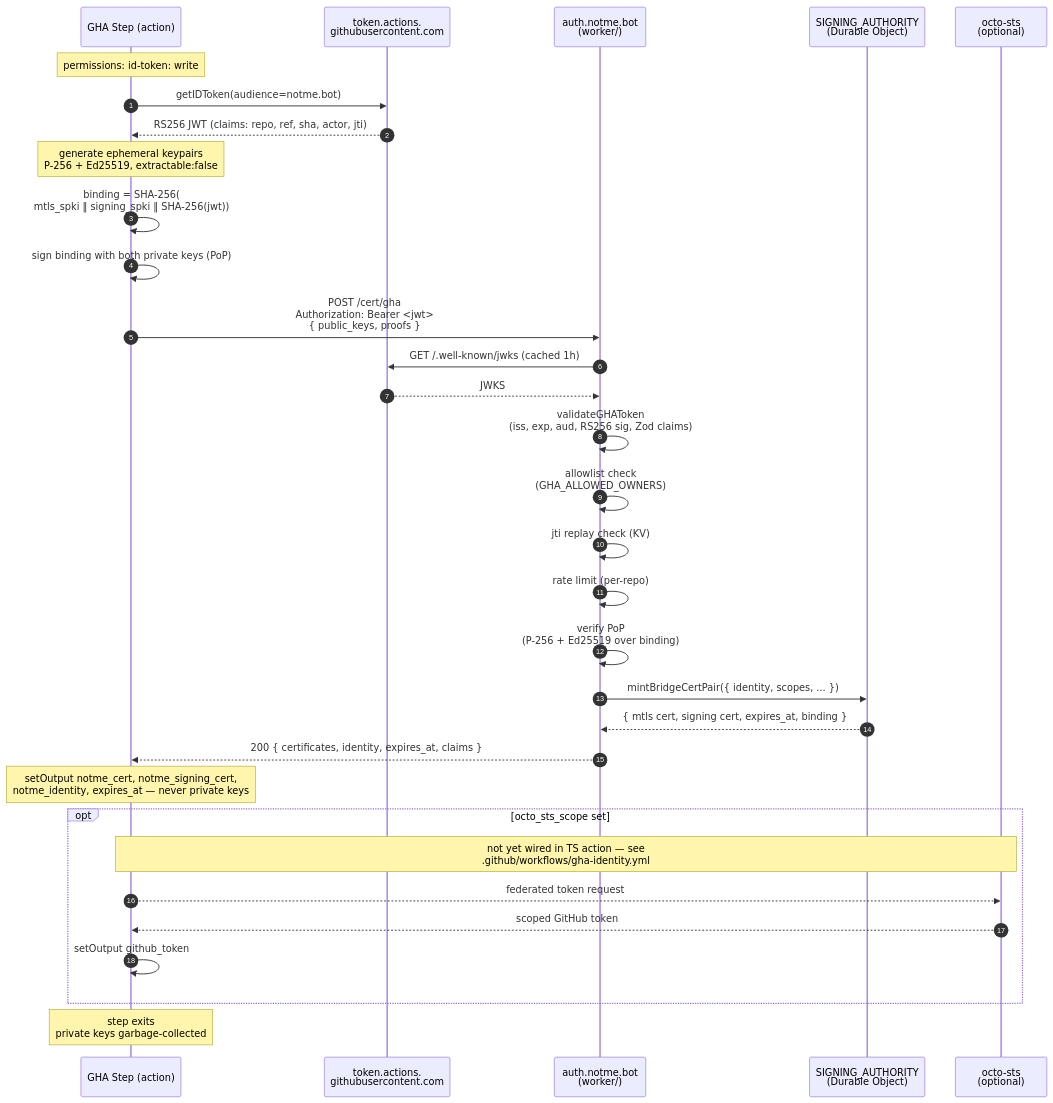
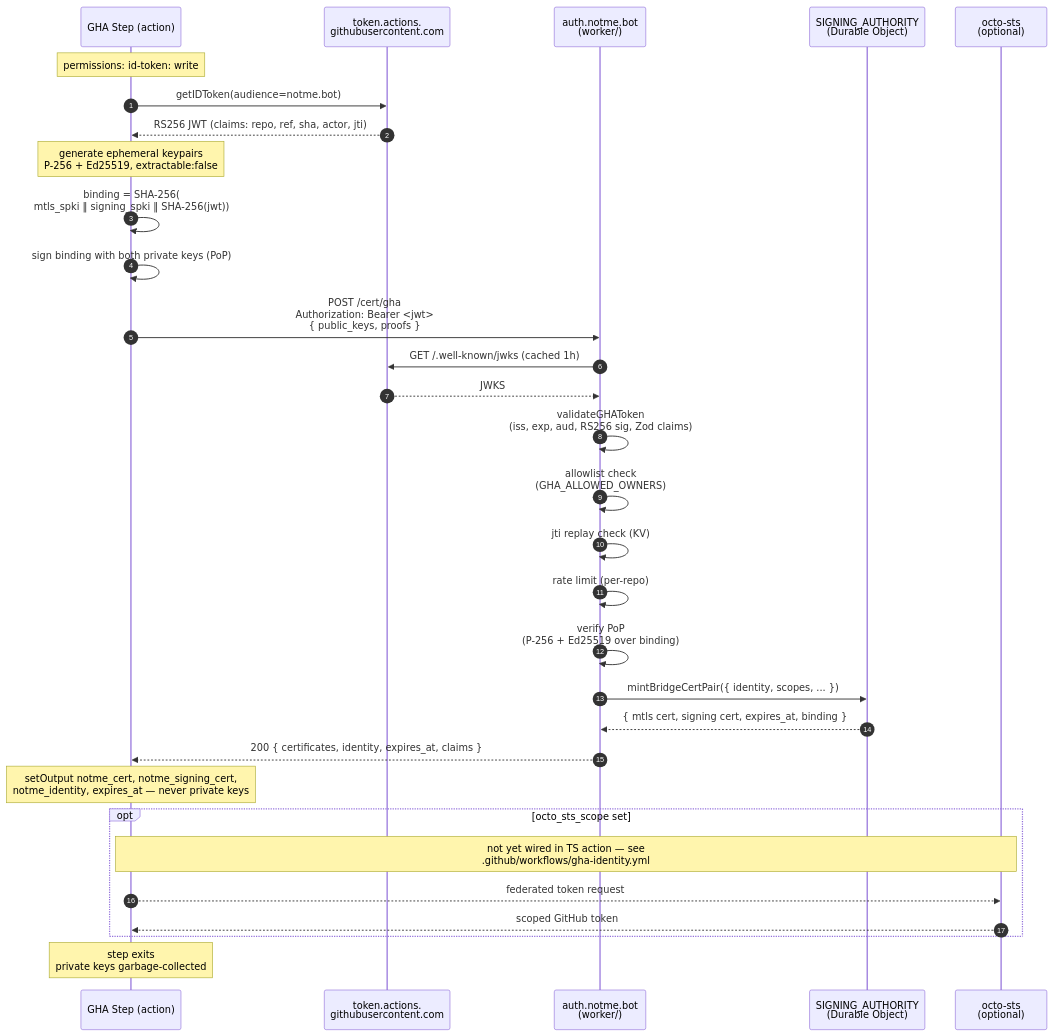
Before and after one commit to agentic-research/notme: the second of 2 diagrams in action/README.md, drawn with Mermaid. The commit also changed other lines of this file and 3 other files, not shown here.

First line of the commit message:
[notme-c0a4aa] fix(action): action.yml declared github_token, which src never sets

````diff
--- a/action/README.md
+++ b/action/README.md
@@ -36,43 +36,42 @@
 ```mermaid
 sequenceDiagram
     autonumber
     participant Step as GHA Step (action)
     participant GHA as token.actions.<br/>githubusercontent.com
     participant Worker as auth.notme.bot<br/>(worker/)
     participant DO as SIGNING_AUTHORITY<br/>(Durable Object)
     participant Octo as octo-sts<br/>(optional)
 
     Note over Step: permissions: id-token: write
     Step->>GHA: getIDToken(audience=notme.bot)
     GHA-->>Step: RS256 JWT (claims: repo, ref, sha, actor, jti)
 
     Note over Step: generate ephemeral keypairs<br/>P-256 + Ed25519, extractable:false
     Step->>Step: binding = SHA-256(<br/> mtls_spki ‖ signing_spki ‖ SHA-256(jwt))
     Step->>Step: sign binding with both private keys (PoP)
 
     Step->>Worker: POST /cert/gha<br/>Authorization: Bearer <jwt><br/>{ public_keys, proofs }
 
     Worker->>GHA: GET /.well-known/jwks (cached 1h)
     GHA-->>Worker: JWKS
     Worker->>Worker: validateGHAToken<br/>(iss, exp, aud, RS256 sig, Zod claims)
     Worker->>Worker: allowlist check<br/>(GHA_ALLOWED_OWNERS)
     Worker->>Worker: jti replay check (KV)
     Worker->>Worker: rate limit (per-repo)
     Worker->>Worker: verify PoP<br/>(P-256 + Ed25519 over binding)
 
     Worker->>DO: mintBridgeCertPair({ identity, scopes, ... })
     DO-->>Worker: { mtls cert, signing cert, expires_at, binding }
 
     Worker-->>Step: 200 { certificates, identity, expires_at, claims }
 
     Note over Step: setOutput notme_cert, notme_signing_cert,<br/>notme_identity, expires_at — never private keys
 
     opt octo_sts_scope set
         Note over Step,Octo: not yet wired in TS action — see<br/>.github/workflows/gha-identity.yml
         Step-->>Octo: federated token request
         Octo-->>Step: scoped GitHub token
-        Step->>Step: setOutput github_token
     end
 
     Note over Step: step exits<br/>private keys garbage-collected
 ```
````
